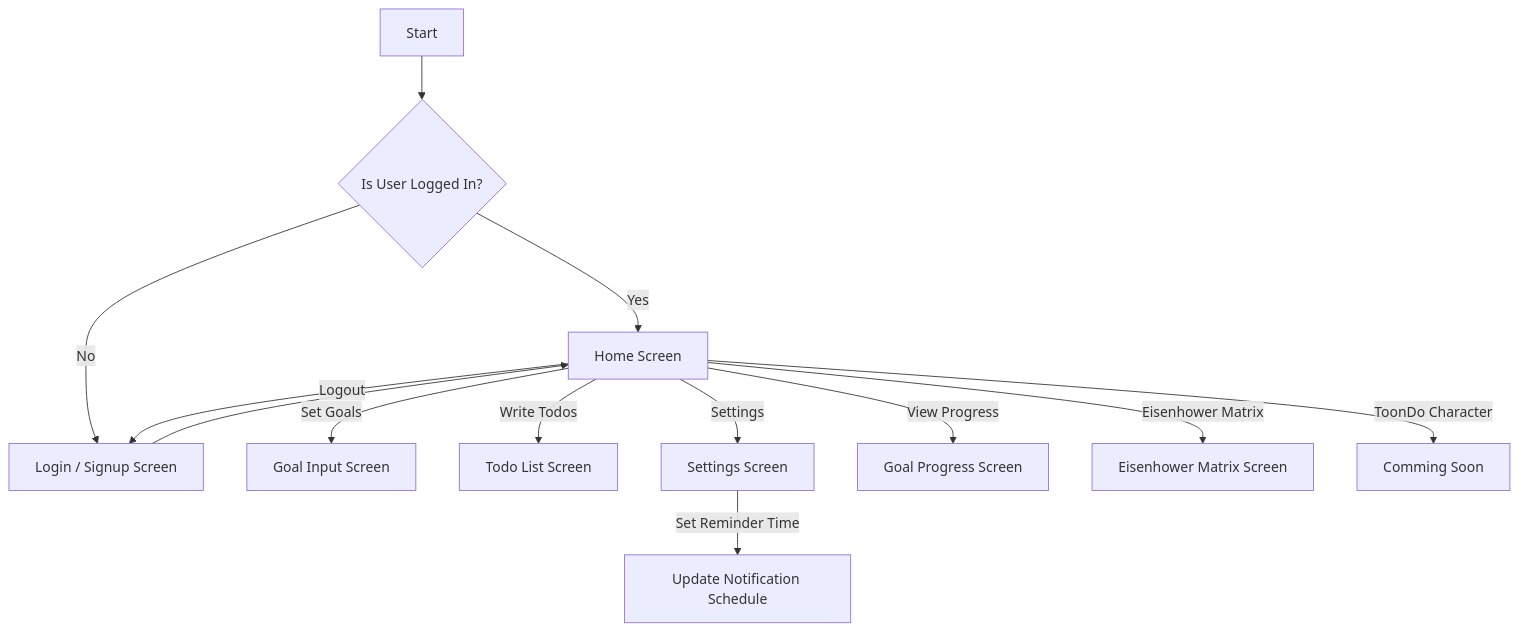
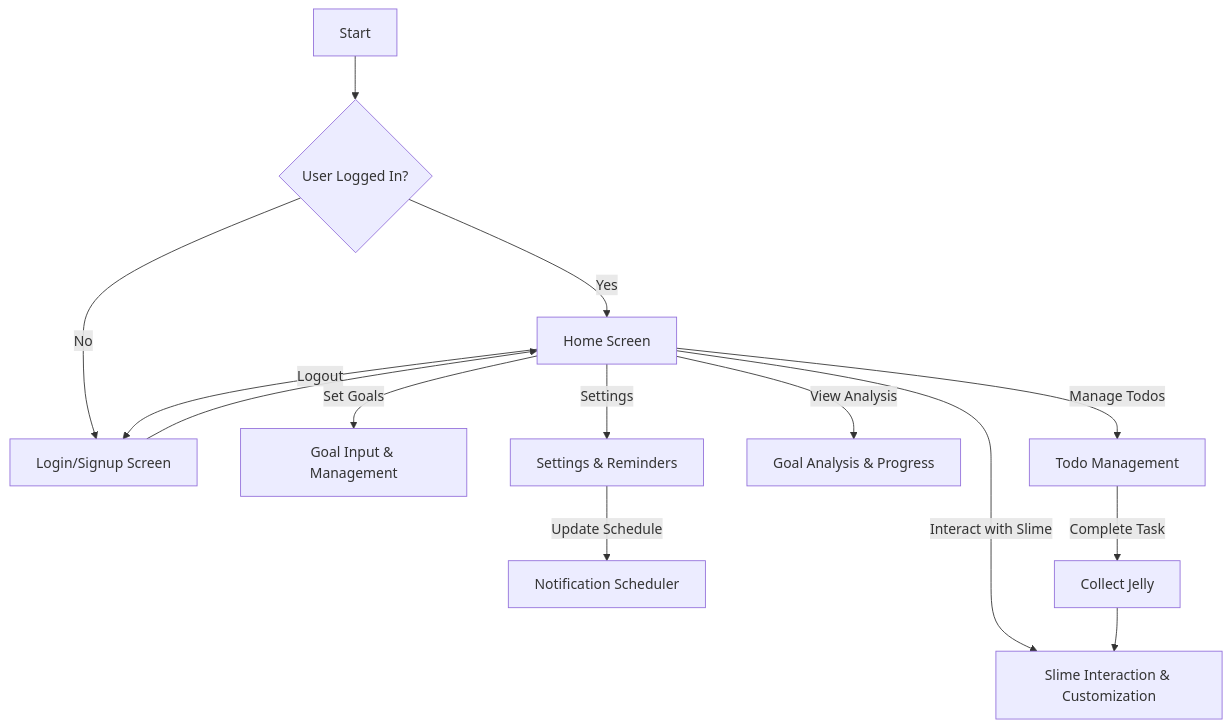
The diagram in README.md (sjin4861/ToonDo), drawn with Mermaid before and after one commit. The commit also changed other lines of this file, not shown here.

````diff
--- a/README.md
+++ b/README.md
@@ -107,15 +105,16 @@
 ```mermaid
 flowchart TD
-    Start[Start] --> CheckAuth{Is User Logged In?}
+    Start[Start] --> CheckAuth{User Logged In?}
     CheckAuth -- Yes --> HomeScreen[Home Screen]
-    CheckAuth -- No --> AuthScreen[Login / Signup Screen]
+    CheckAuth -- No --> AuthScreen[Login/Signup Screen]
     AuthScreen --> HomeScreen
-    HomeScreen -->|Set Goals| GoalInputScreen[Goal Input Screen]
-    HomeScreen -->|Write Todos| TodoSubmissionScreen[Todo List Screen]
-    HomeScreen -->|Settings| SettingsScreen[Settings Screen]
-    SettingsScreen -->|Set Reminder Time| NotificationService[Update Notification Schedule]
-    HomeScreen -->|View Progress| ProgressScreen[Goal Progress Screen]
-    HomeScreen -->|Eisenhower Matrix| EisenhowerMatrixScreen[Eisenhower Matrix Screen]
-    HomeScreen -->|ToonDo Character| Placeholder[Comming Soon]
+    HomeScreen -->|Set Goals| GoalInputScreen[Goal Input & Management]
+    HomeScreen -->|Manage Todos| TodoScreen[Todo Management]
+    HomeScreen -->|View Analysis| AnalysisScreen[Goal Analysis & Progress]
+    HomeScreen -->|Interact with Slime| SlimeScreen[Slime Interaction & Customization]
+    HomeScreen -->|Settings| SettingsScreen[Settings & Reminders]
+    SettingsScreen -->|Update Schedule| NotificationService[Notification Scheduler]
+    TodoScreen -->|Complete Task| JellyCollection[Collect Jelly]
+    JellyCollection --> SlimeScreen
     HomeScreen -->|Logout| AuthScreen
-```
+``` 
````
